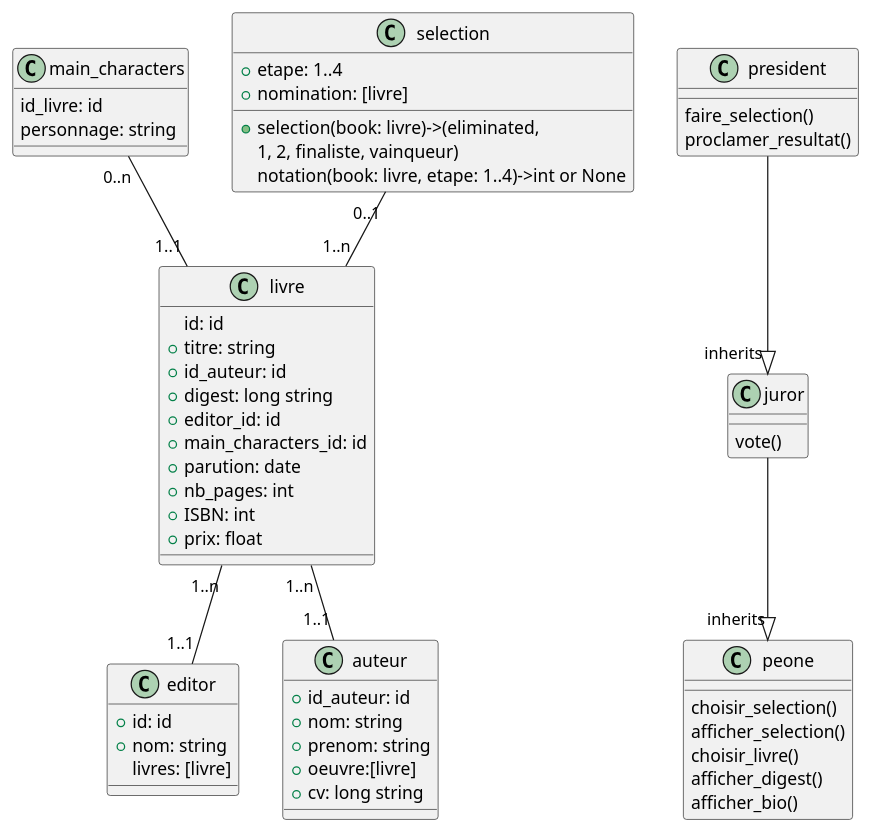
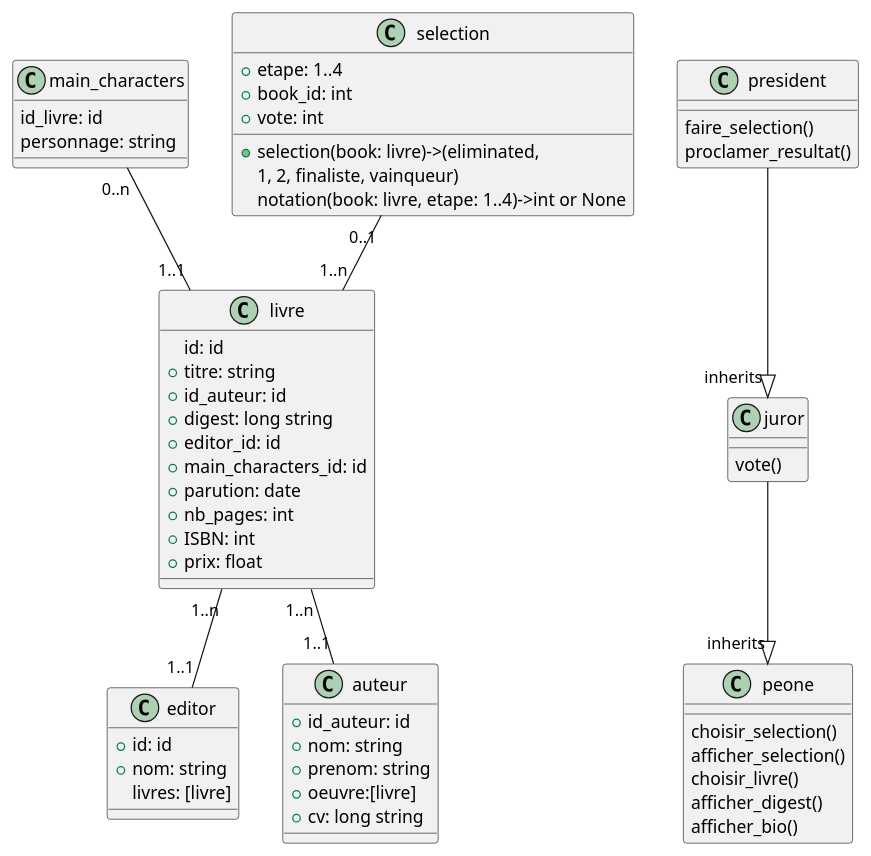
One commit to ayl001/goncourt.online changed the diagram in GoncourtClass.puml. Above: the diagram before and after it, drawn with PlantUML. The commit also changed 2 other files, not shown here.

```diff
--- a/GoncourtClass.puml
+++ b/GoncourtClass.puml
@@ -1,59 +1,60 @@
 @startuml
 'https://plantuml.com/class-diagram
 class livre{
 id: id
 +titre: string
 +id_auteur: id
 +digest: long string
 +editor_id: id
 +main_characters_id: id
 +parution: date
 +nb_pages: int
 +ISBN: int
 +prix: float
 }
 class main_characters {
 id_livre: id
 personnage: string
 }
 class editor {
 +id: id
 +nom: string
 livres: [livre]
 }
 class auteur{
 +id_auteur: id
 +nom: string
 +prenom: string
 +oeuvre:[livre]
 +cv: long string
 }
 
 class selection{
 +etape: 1..4
-+nomination: [livre]
++book_id: int
++vote: int
 + selection(book: livre)->(eliminated,
 1, 2, finaliste, vainqueur)
 notation(book: livre, etape: 1..4)->int or None
 }
 class peone{
     choisir_selection()
     afficher_selection()
     choisir_livre()
     afficher_digest()
     afficher_bio()
  }
  class juror{
     vote()
  }
  class president{
     faire_selection()
     proclamer_resultat()
  }
 livre"1..n"--"1..1"editor
 livre"1..n"--"1..1"auteur
 selection"0..1"--"1..n"livre
 main_characters"0..n"--"1..1"livre
 president--|>"inherits"juror
 juror--|>"inherits"peone
 @enduml
```
